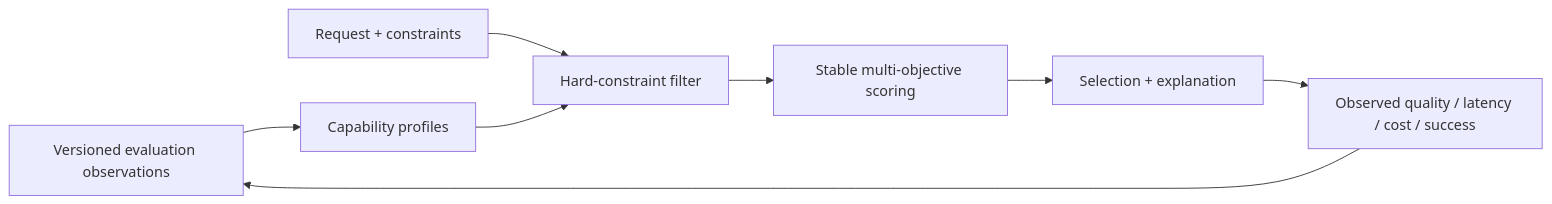
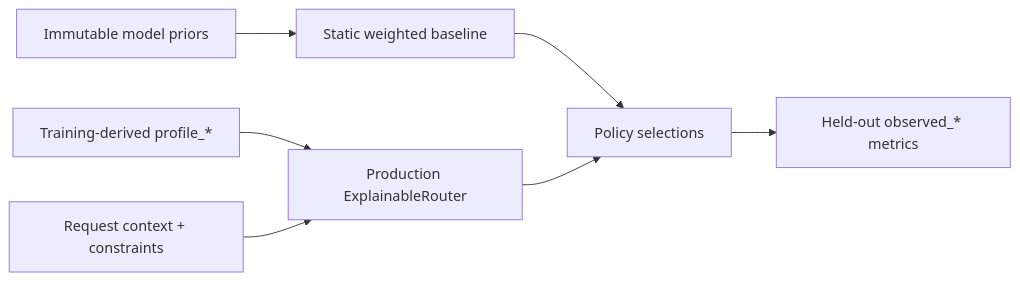
The diagram in README.md (kyprettyyy/ai_project), drawn with Mermaid before and after one commit. The commit also changed other lines of this file and 22 other files, not shown here.

````diff
--- a/README.md
+++ b/README.md
@@ -26,10 +19,9 @@
 ```mermaid
 flowchart LR
-  D["Versioned evaluation observations"] --> P["Capability profiles"]
-  R["Request + constraints"] --> F["Hard-constraint filter"]
-  P --> F
-  F --> S["Stable multi-objective scoring"]
-  S --> X["Selection + explanation"]
-  X --> O["Observed quality / latency / cost / success"]
-  O --> D
+  P["Immutable model priors"] --> S["Static weighted baseline"]
+  T["Training-derived profile_*"] --> R["Production ExplainableRouter"]
+  Q["Request context + constraints"] --> R
+  S --> C["Policy selections"]
+  R --> C
+  C --> O["Held-out observed_* metrics"]
 ```
````
